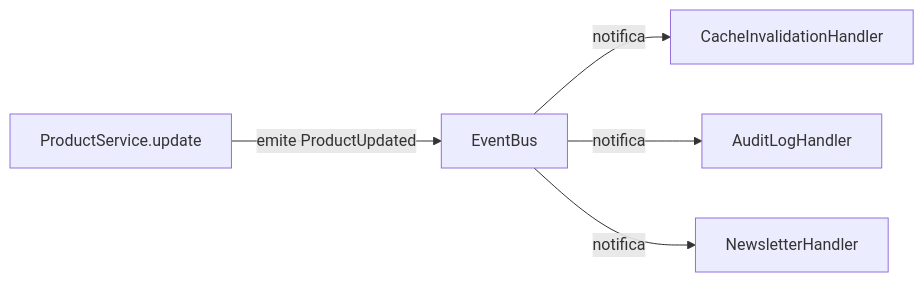
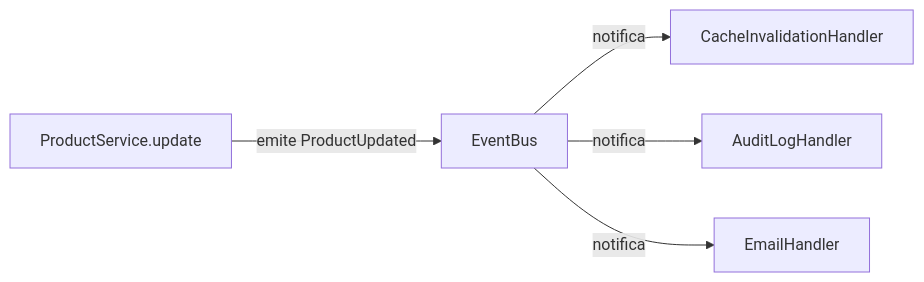
One commit to AlejandroGML/la-tiendita changed the first of 6 diagrams in docs/study-guide/doc.md. Above: the diagram before and after it, drawn with Mermaid. The commit also changed other lines of this file and 10 other files, not shown here.

````diff
--- a/docs/study-guide/doc.md
+++ b/docs/study-guide/doc.md
@@ -148,7 +175,7 @@
 ```mermaid
 graph LR
     A[ProductService.update] -->|emite ProductUpdated| B[EventBus]
     B -->|notifica| C[CacheInvalidationHandler]
     B -->|notifica| D[AuditLogHandler]
-    B -->|notifica| E[NewsletterHandler]
+    B -->|notifica| E[EmailHandler]
 ```
````
